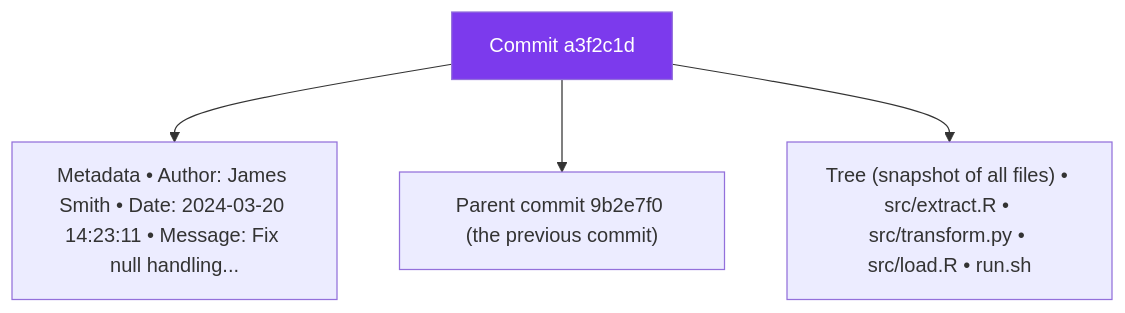
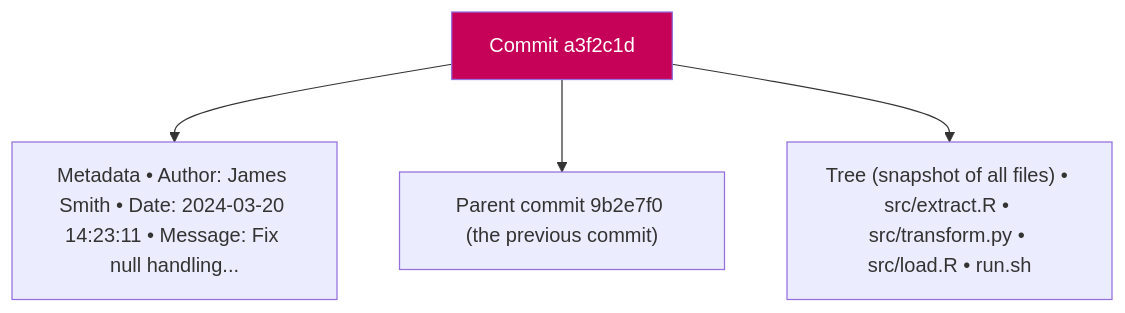
The third of 6 diagrams in docs/git-fundamentals.md (Ch3w3y/docker_gcp), drawn with Mermaid before and after one commit. The commit also changed 11 other files, not shown here.

First line of the commit message:
Fix/mermaid contrast and linebreaks (#17)

````diff
--- a/docs/git-fundamentals.md
+++ b/docs/git-fundamentals.md
@@ -149,9 +149,9 @@
 ```mermaid
 flowchart TD
     C["Commit a3f2c1d"]
     C --> META["Metadata • Author: James Smith • Date: 2024-03-20 14:23:11 • Message: Fix null handling..."]
     C --> PARENT["Parent commit 9b2e7f0 (the previous commit)"]
     C --> TREE["Tree (snapshot of all files) • src/extract.R • src/transform.py • src/load.R • run.sh"]
 
-    style C fill:#7c3aed,color:#fff
+    style C fill:#c60158,color:#ffffff
 ```
````
